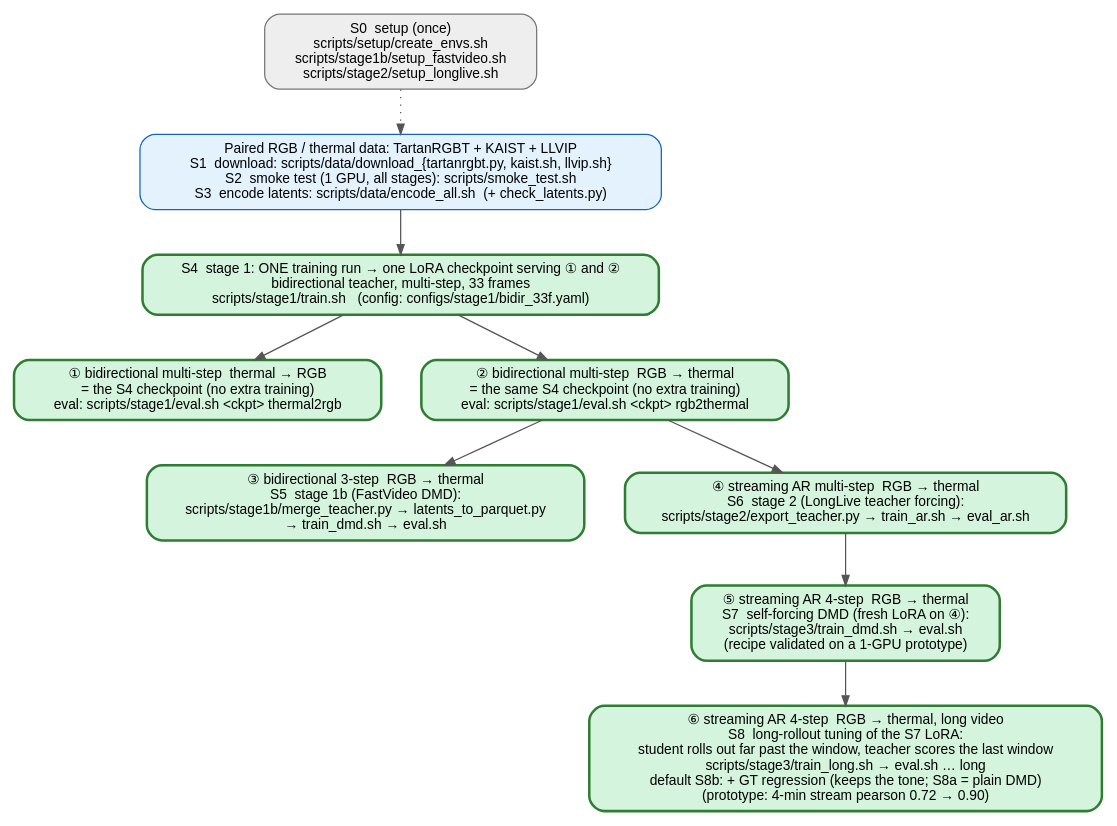
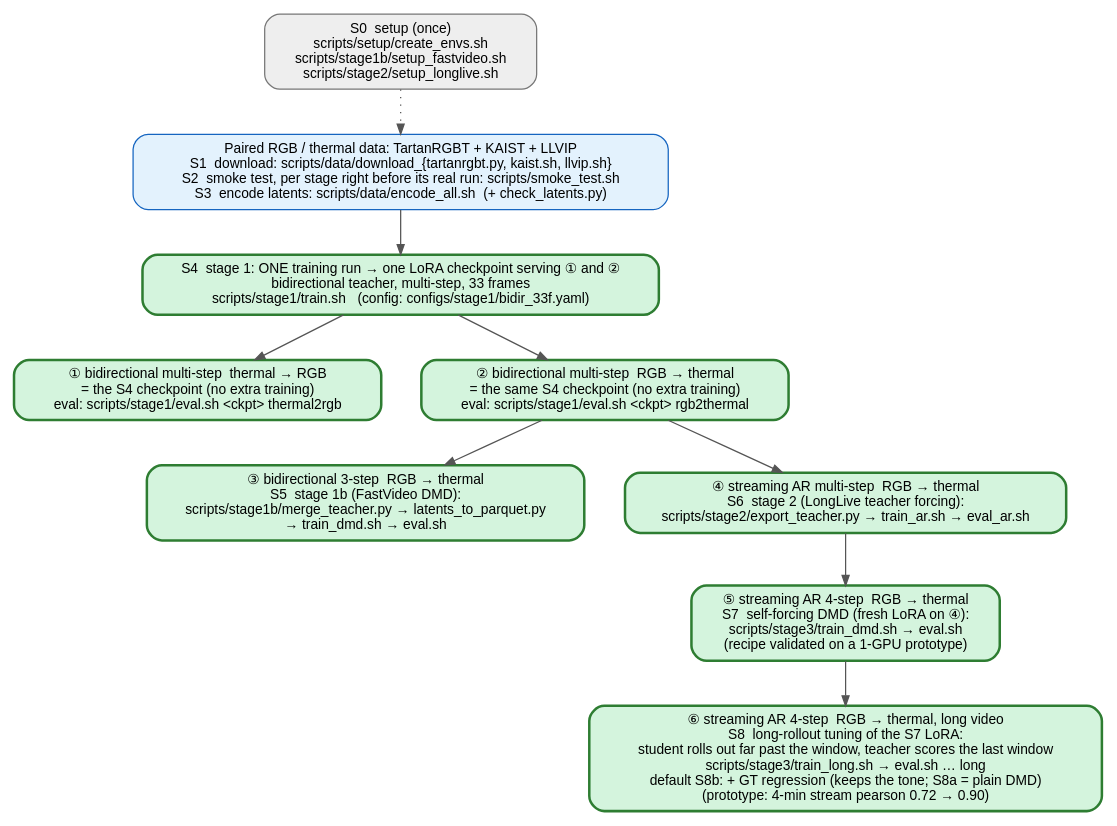
Before and after one commit to Greenery-S/thermal_v2v: the diagram in assets/model_tree.dot, drawn with Graphviz. The commit also changed 11 other files, not shown here.

First line of the commit message:
Smoke each stage right before its real run, on several GPUs; setup_longlive heredoc fix; zsh-safe env.sh

```diff
--- a/assets/model_tree.dot
+++ b/assets/model_tree.dot
@@ -1,16 +1,16 @@
 digraph G {
   rankdir=TB; nodesep=0.45; ranksep=0.5; bgcolor="white";
   node [shape=box, style="rounded,filled", fontname="Helvetica", fontsize=11, margin="0.16,0.08"];
   edge [color="#555555", arrowsize=0.8];
   S0  [label="S0  setup (once)\nscripts/setup/create_envs.sh\nscripts/stage1b/setup_fastvideo.sh\nscripts/stage2/setup_longlive.sh", fillcolor="#eeeeee", color="#777777"];
-  D   [label="Paired RGB / thermal data: TartanRGBT + KAIST + LLVIP\nS1  download: scripts/data/download_{tartanrgbt.py, kaist.sh, llvip.sh}\nS2  smoke test (1 GPU, all stages): scripts/smoke_test.sh\nS3  encode latents: scripts/data/encode_all.sh  (+ check_latents.py)", fillcolor="#e3f2fd", color="#1565c0"];
+  D   [label="Paired RGB / thermal data: TartanRGBT + KAIST + LLVIP\nS1  download: scripts/data/download_{tartanrgbt.py, kaist.sh, llvip.sh}\nS2  smoke test, per stage right before its real run: scripts/smoke_test.sh\nS3  encode latents: scripts/data/encode_all.sh  (+ check_latents.py)", fillcolor="#e3f2fd", color="#1565c0"];
   B   [label="S4  stage 1: ONE training run → one LoRA checkpoint serving ① and ②\nbidirectional teacher, multi-step, 33 frames\nscripts/stage1/train.sh   (config: configs/stage1/bidir_33f.yaml)", fillcolor="#d4f4dd", color="#2e7d32", penwidth=2];
   T2R [label="① bidirectional multi-step  thermal → RGB\n= the S4 checkpoint (no extra training)\neval: scripts/stage1/eval.sh <ckpt> thermal2rgb", fillcolor="#d4f4dd", color="#2e7d32", penwidth=2];
   R2T [label="② bidirectional multi-step  RGB → thermal\n= the same S4 checkpoint (no extra training)\neval: scripts/stage1/eval.sh <ckpt> rgb2thermal", fillcolor="#d4f4dd", color="#2e7d32", penwidth=2];
   FS  [label="③ bidirectional 3-step  RGB → thermal\nS5  stage 1b (FastVideo DMD):\nscripts/stage1b/merge_teacher.py → latents_to_parquet.py\n→ train_dmd.sh → eval.sh", fillcolor="#d4f4dd", color="#2e7d32", penwidth=2];
   AR  [label="④ streaming AR multi-step  RGB → thermal\nS6  stage 2 (LongLive teacher forcing):\nscripts/stage2/export_teacher.py → train_ar.sh → eval_ar.sh", fillcolor="#d4f4dd", color="#2e7d32", penwidth=2];
   SF  [label="⑤ streaming AR 4-step  RGB → thermal\nS7  self-forcing DMD (fresh LoRA on ④):\nscripts/stage3/train_dmd.sh → eval.sh\n(recipe validated on a 1-GPU prototype)", fillcolor="#d4f4dd", color="#2e7d32", penwidth=2];
   LR  [label="⑥ streaming AR 4-step  RGB → thermal, long video\nS8  long-rollout tuning of the S7 LoRA:\nstudent rolls out far past the window, teacher scores the last window\nscripts/stage3/train_long.sh → eval.sh … long\ndefault S8b: + GT regression (keeps the tone; S8a = plain DMD)\n(prototype: 4-min stream pearson 0.72 → 0.90)", fillcolor="#d4f4dd", color="#2e7d32", penwidth=2];
   S0 -> D [style=dotted]; D -> B; B -> T2R; B -> R2T; R2T -> FS; R2T -> AR;
   AR -> SF; SF -> LR;
 }
```
